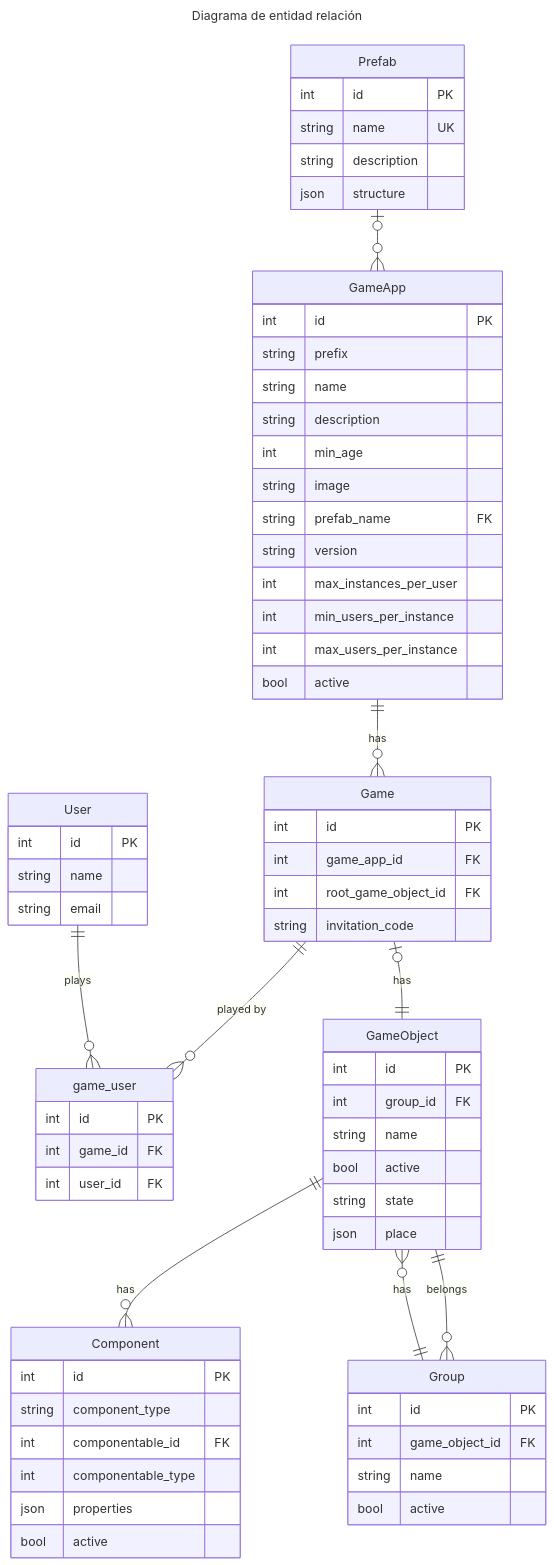
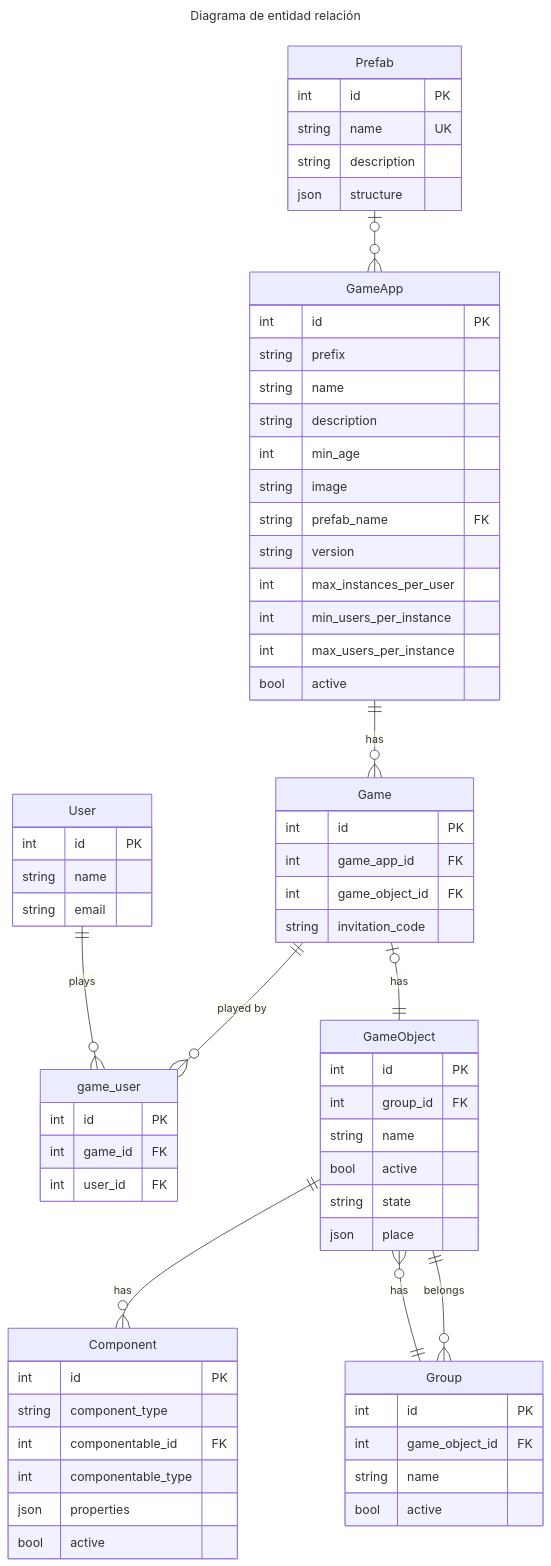
One commit to eormeno/base-project changed the second of 2 diagrams in docs/class_diagrams.md. Above: the diagram before and after it, drawn with Mermaid. The commit also changed other lines of this file and 5 other files, not shown here.

````diff
--- a/docs/class_diagrams.md
+++ b/docs/class_diagrams.md
@@ -66,80 +66,80 @@
 ```mermaid
 ---
 title: Diagrama de entidad relación
 ---
 erDiagram
     GameApp ||--o{ Game : "has"
     Game ||--o{ game_user : "played by"
     GameObject ||--o{ Component : "has"
     GameObject ||--o{ Group : "belongs"
     Group ||--o{ GameObject : "has"
     Prefab one or zero --o{ GameApp : ""
     User ||--o{ game_user : "plays"
     Game one or zero -- 1 GameObject : "has"
 
     GameApp {
         int id PK
         string prefix
         string name
         string description
         int min_age
         string image
         string prefab_name FK
         string version
         int max_instances_per_user
         int min_users_per_instance
         int max_users_per_instance
         bool active
     }
 
     Game {
         int id PK
         int game_app_id FK
-        int root_game_object_id FK
+        int game_object_id FK
         string invitation_code
     }
 
     game_user {
         int id PK
         int game_id FK
         int user_id FK
     }
 
     Prefab {
         int id PK
         string name UK
         string description
         json structure
     }
 
     GameObject {
         int id PK
         int group_id FK
         string name
         bool active
         string state
         json place
     }
 
     Group {
         int id PK
         int game_object_id FK
         string name
         bool active
     }
 
     Component {
         int id PK
         string component_type
         int componentable_id FK
         int componentable_type
         json properties
         bool active
     }
 
     User {
         int id PK
         string name
         string email
     }
 ```
````
